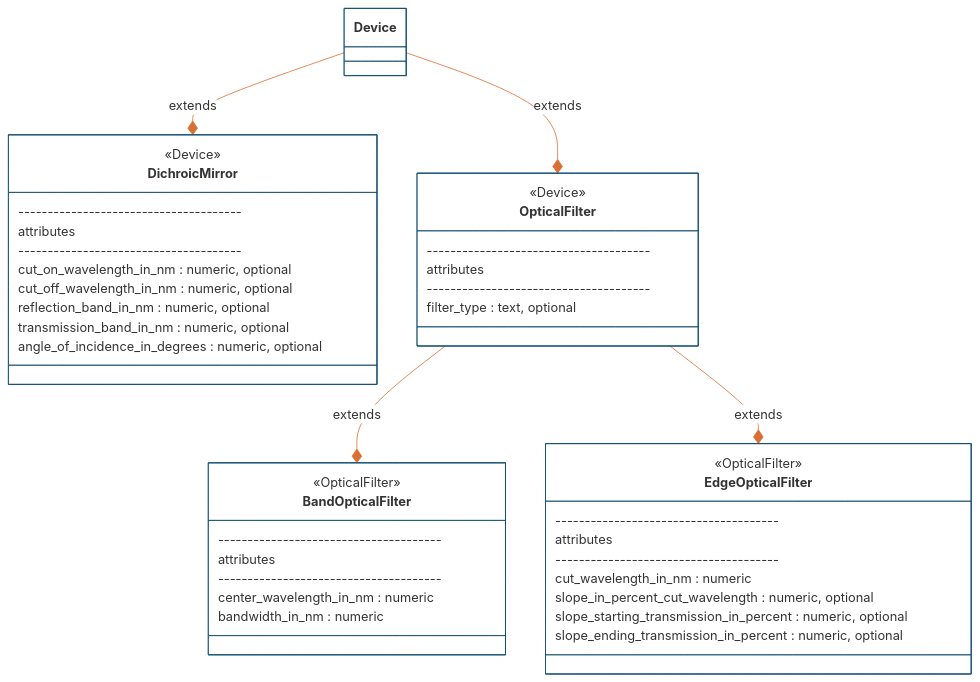
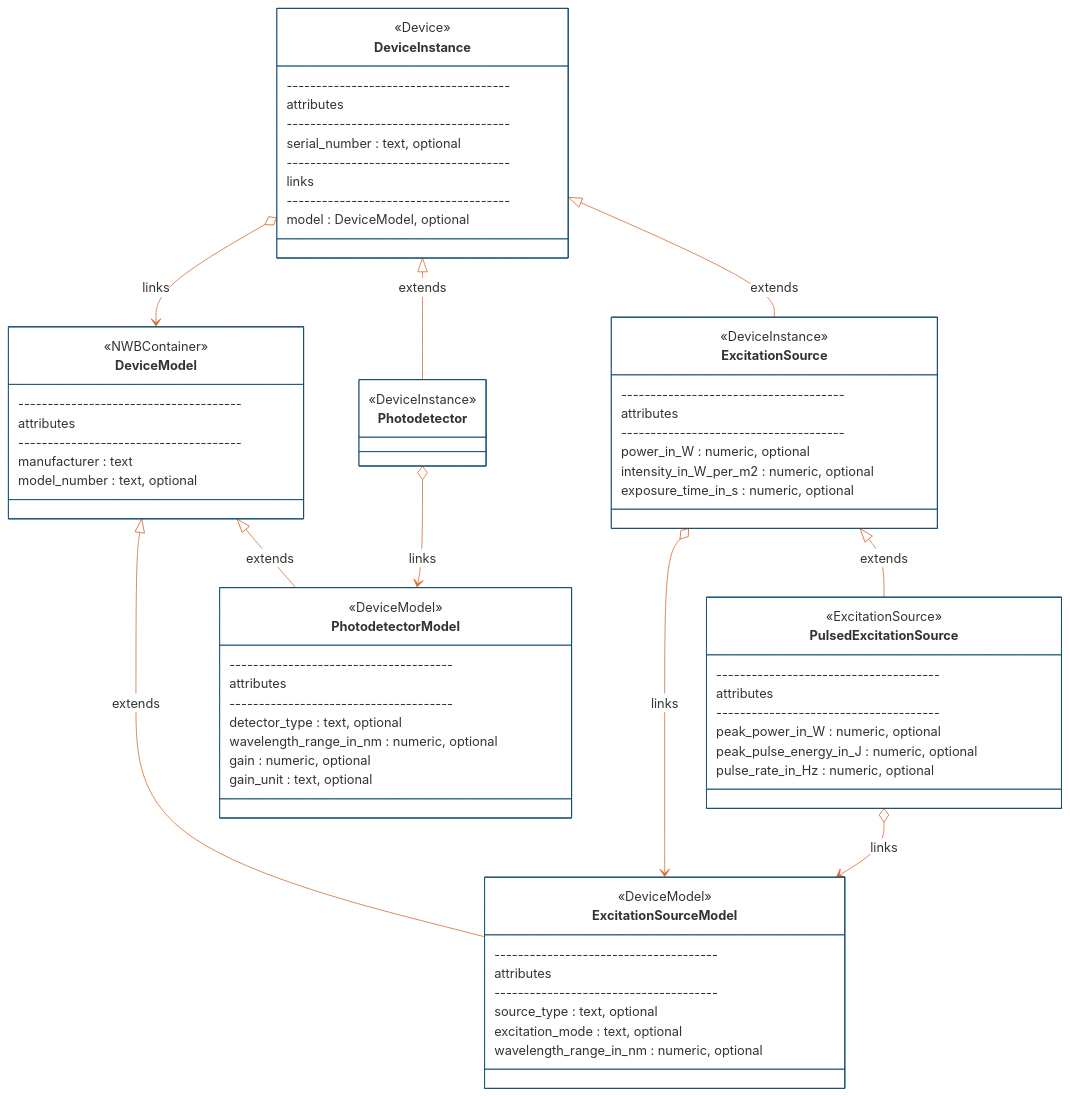
Before and after one commit to catalystneuro/ndx-ophys-devices: the second of 4 diagrams in README.md, drawn with Mermaid. The commit also changed other lines of this file, not shown here.

Commit message:
Refactor README to categorize neurodata types and update device model and instance descriptions

````diff
--- a/README.md
+++ b/README.md
@@ -181,45 +323,83 @@
 ```mermaid
 %%{init: {'theme': 'base', 'themeVariables': {'primaryColor': '#ffffff', "primaryBorderColor': '#144E73', 'lineColor': '#D96F32'}}}%%
 classDiagram
-    direction BT
-    class DichroicMirror{
+    direction TB
+    
+    class DeviceModel{
+        <<NWBContainer>>
+        --------------------------------------
+        attributes
+        --------------------------------------
+        manufacturer : text
+        model_number : text, optional
+    }
+    
+    class DeviceInstance{
         <<Device>>
         --------------------------------------
         attributes
         --------------------------------------
-        cut_on_wavelength_in_nm : numeric, optional
-        cut_off_wavelength_in_nm : numeric, optional
-        reflection_band_in_nm : numeric, optional
-        transmission_band_in_nm : numeric, optional
-        angle_of_incidence_in_degrees : numeric, optional
+        serial_number : text, optional
+        --------------------------------------
+        links
+        --------------------------------------
+        model : DeviceModel, optional
     }
-    class OpticalFilter{
-        <<Device>>
+    
+    class ExcitationSourceModel{
+        <<DeviceModel>>
         --------------------------------------
         attributes
         --------------------------------------
-        filter_type : text, optional
+        source_type : text, optional
+        excitation_mode : text, optional
+        wavelength_range_in_nm : numeric, optional
     }
-    class BandOpticalFilter{
-        <<OpticalFilter>>
+    
+    class ExcitationSource{
+        <<DeviceInstance>>
         --------------------------------------
         attributes
         --------------------------------------
-        center_wavelength_in_nm : numeric
-        bandwidth_in_nm : numeric
+        power_in_W : numeric, optional
+        intensity_in_W_per_m2 : numeric, optional
+        exposure_time_in_s : numeric, optional
     }
-    class EdgeOpticalFilter{
-        <<OpticalFilter>>
+    
+    class PulsedExcitationSource{
+        <<ExcitationSource>>
         --------------------------------------
         attributes
         --------------------------------------
-        cut_wavelength_in_nm : numeric
-        slope_in_percent_cut_wavelength : numeric, optional
-        slope_starting_transmission_in_percent : numeric, optional
-        slope_ending_transmission_in_percent : numeric, optional
+        peak_power_in_W : numeric, optional
+        peak_pulse_energy_in_J : numeric, optional
+        pulse_rate_in_Hz : numeric, optional
     }
-    DichroicMirror *-- Device : extends
-    OpticalFilter *-- Device : extends
-    BandOpticalFilter *-- OpticalFilter : extends
-    EdgeOpticalFilter *-- OpticalFilter : extends
+    
+    class PhotodetectorModel{
+        <<DeviceModel>>
+        --------------------------------------
+        attributes
+        --------------------------------------
+        detector_type : text, optional
+        wavelength_range_in_nm : numeric, optional
+        gain : numeric, optional
+        gain_unit : text, optional
+    }
+    
+    class Photodetector{
+        <<DeviceInstance>>
+    }
+    
+    DeviceInstance o--> DeviceModel : links
+
+    DeviceModel <|-- ExcitationSourceModel : extends
+    DeviceInstance <|-- ExcitationSource : extends
+    ExcitationSource o--> ExcitationSourceModel : links
+    ExcitationSource <|-- PulsedExcitationSource : extends
+    PulsedExcitationSource o--> ExcitationSourceModel : links
+
+    DeviceModel <|-- PhotodetectorModel : extends
+    DeviceInstance <|-- Photodetector : extends
+    Photodetector o--> PhotodetectorModel : links
 ```
````
